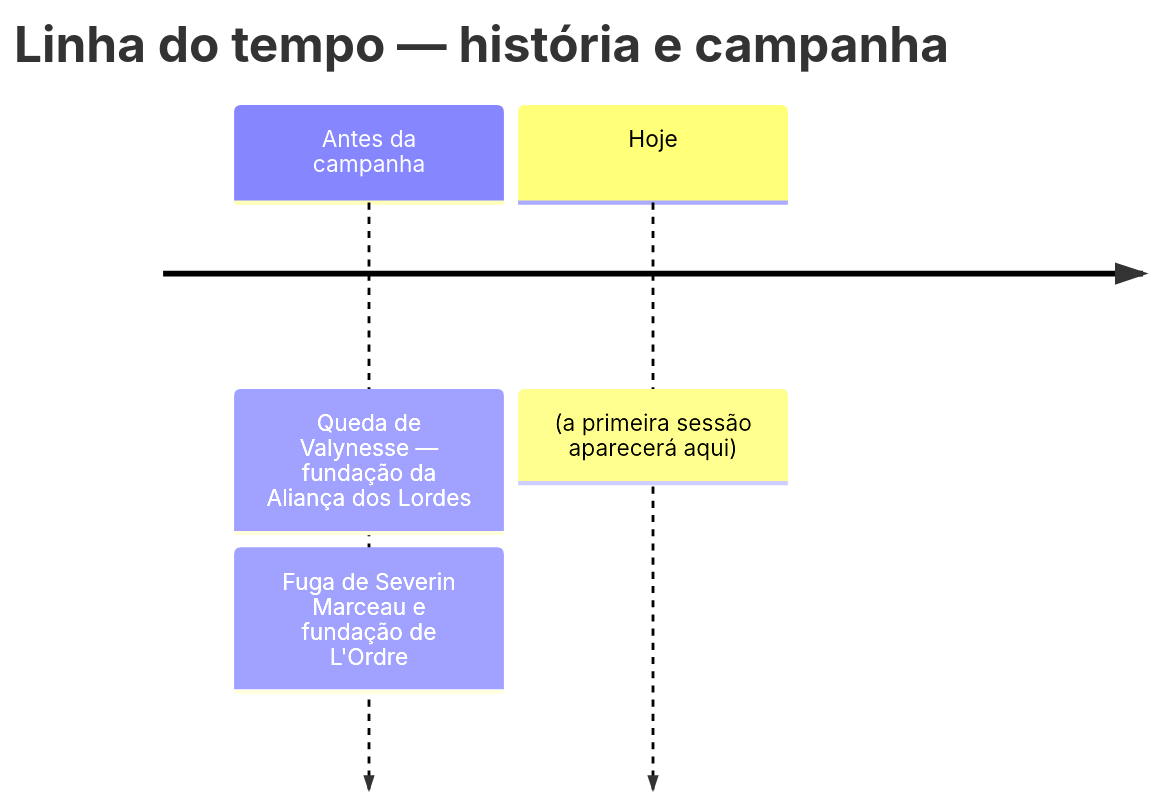
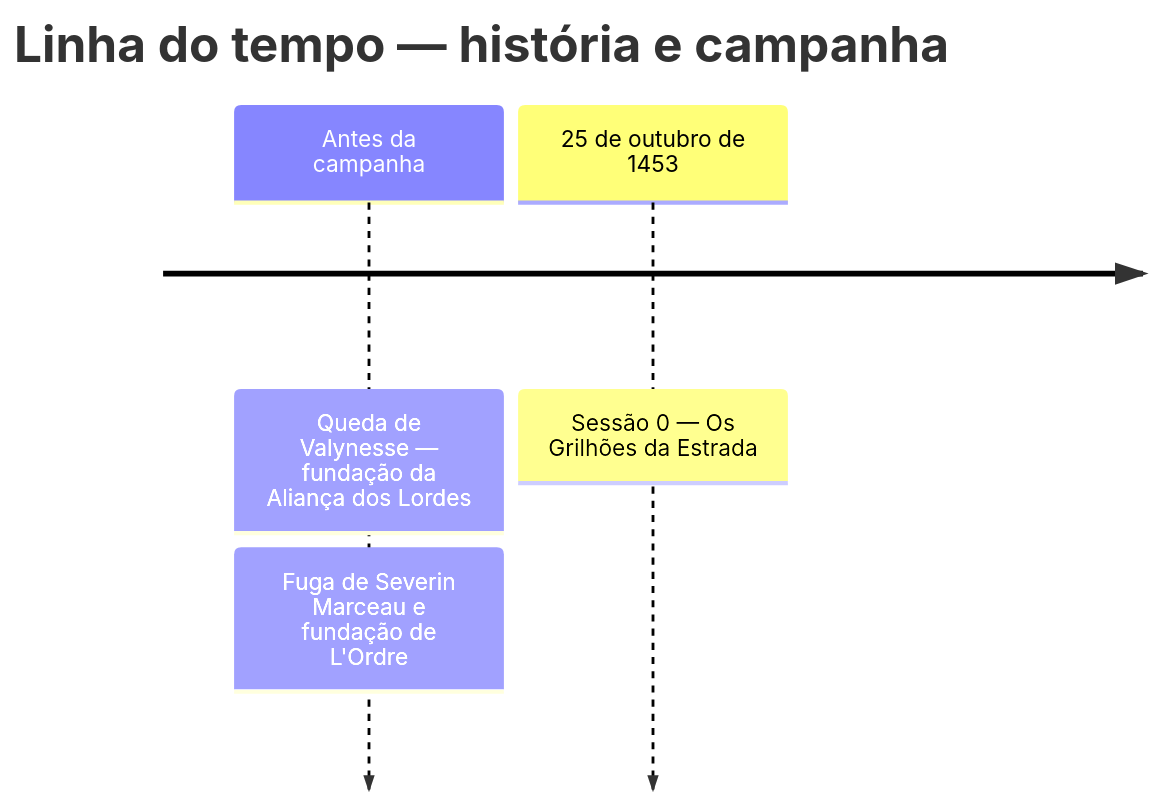
One commit to Verayon/Gallancourt-RPG-DnD- changed the diagram in docs/diario/index.md. Above: the diagram before and after it, drawn with Mermaid. The commit also changed other lines of this file and 5 other files, not shown here.

First line of the commit message:
Registra a Sessão 0 — Os Grilhões da Estrada no Diário de Sessões

````diff
--- a/docs/diario/index.md
+++ b/docs/diario/index.md
@@ -42,7 +42,7 @@
 ```mermaid
 timeline
     title Linha do tempo — história e campanha
     Antes da campanha : Queda de Valynesse — fundação da Aliança dos Lordes
              : Fuga de Severin Marceau e fundação de L'Ordre
-    Hoje : (a primeira sessão aparecerá aqui)
+    25 de outubro de 1453 : Sessão 0 — Os Grilhões da Estrada
 ```
````
